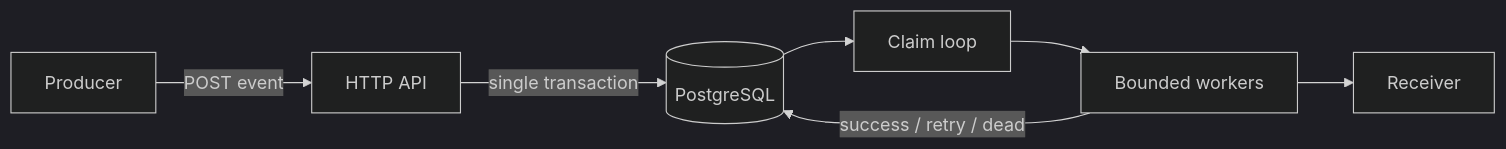
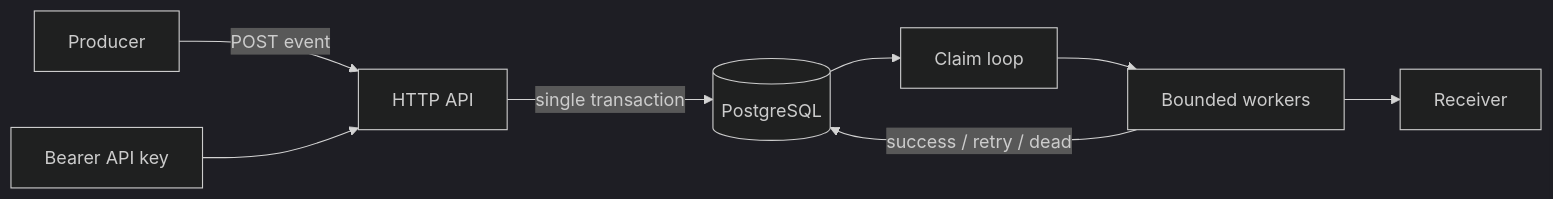
One commit to PCenjoyer/GoProject changed the diagram in docs/architecture.md. Above: the diagram before and after it, drawn with Mermaid (dark theme). The commit also changed other lines of this file and 5 other files, not shown here.

````diff
--- a/docs/architecture.md
+++ b/docs/architecture.md
@@ -5,9 +5,10 @@
 ```mermaid
 flowchart LR
     P[Producer] -->|POST event| A[HTTP API]
+    K[Bearer API key] --> A
     A -->|single transaction| DB[(PostgreSQL)]
     DB --> Q[Claim loop]
     Q --> W[Bounded workers]
     W --> R[Receiver]
     W -->|success / retry / dead| DB
 ```
````
